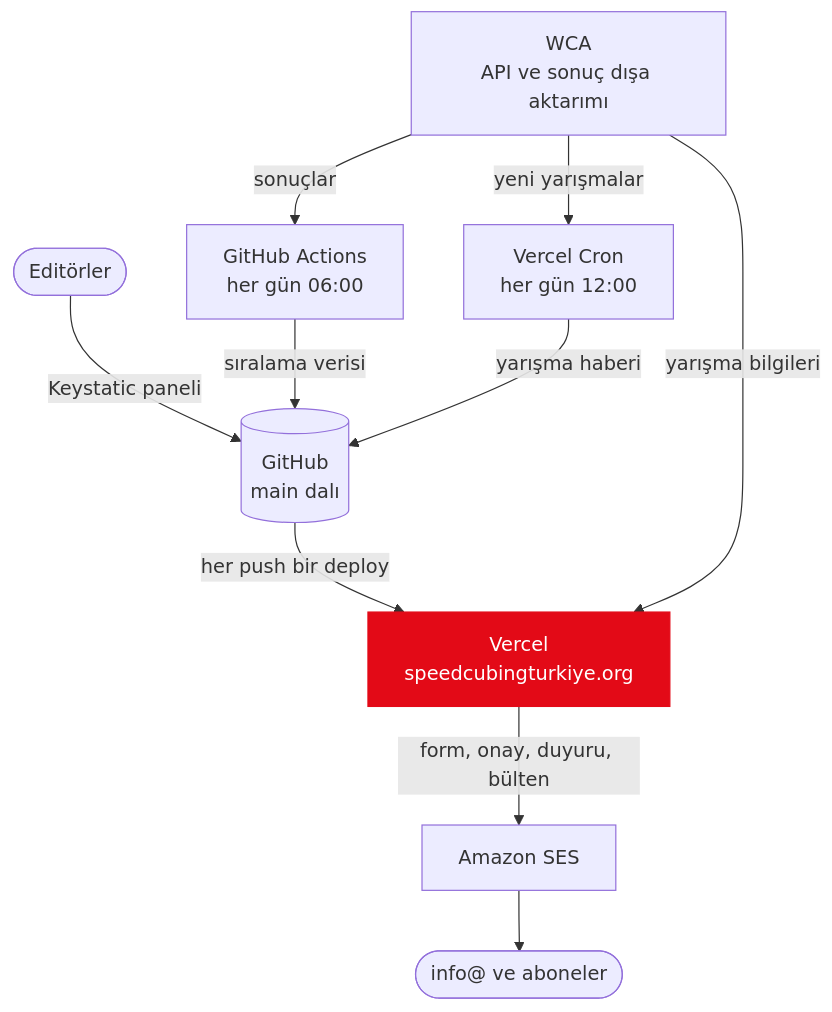
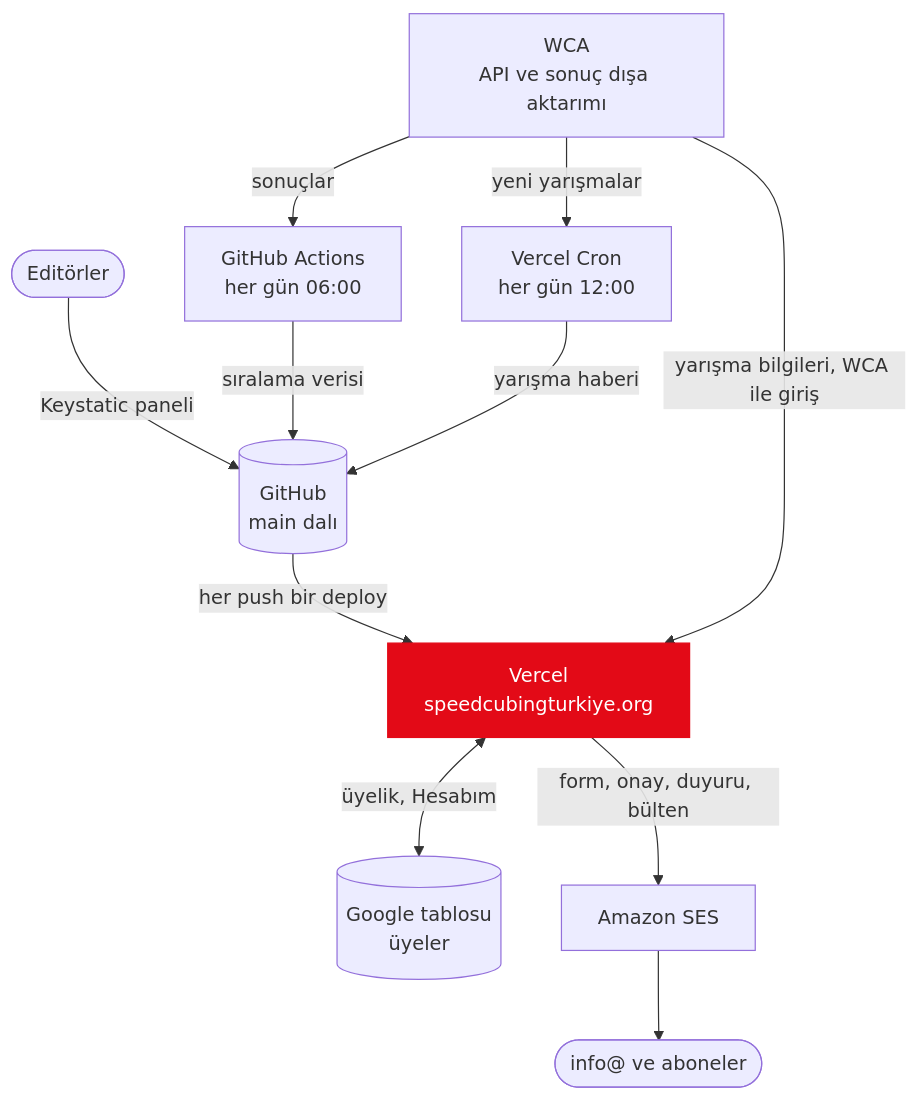
Before and after one commit to speedcubingturkiye/speedcubingturkiye.org: the diagram in README.md, drawn with Mermaid. The commit also changed other lines of this file, not shown here.

````diff
--- a/README.md
+++ b/README.md
@@ -27,24 +28,26 @@
 ```mermaid
 flowchart TB
     wca["WCA<br/>API ve sonuç dışa aktarımı"]
     editor(["Editörler"])
     daily["GitHub Actions<br/>her gün 06:00"]
     cron["Vercel Cron<br/>her gün 12:00"]
     repo[("GitHub<br/>main dalı")]
     site["Vercel<br/>speedcubingturkiye.org"]
+    sheet[("Google tablosu<br/>üyeler")]
     ses["Amazon SES"]
     inbox(["info@ ve aboneler"])
 
     wca -->|sonuçlar| daily
     wca -->|"yeni yarışmalar"| cron
     editor -->|"Keystatic paneli"| repo
     daily -->|"sıralama verisi"| repo
     cron -->|"yarışma haberi"| repo
     repo -->|"her push bir deploy"| site
-    wca -->|"yarışma bilgileri"| site
+    wca -->|"yarışma bilgileri, WCA ile giriş"| site
+    site <-->|"üyelik, Hesabım"| sheet
     site -->|"form, onay, duyuru, bülten"| ses
     ses --> inbox
 
     classDef brand fill:#E30A17,stroke:#E30A17,color:#ffffff
     class site brand
 ```
````
